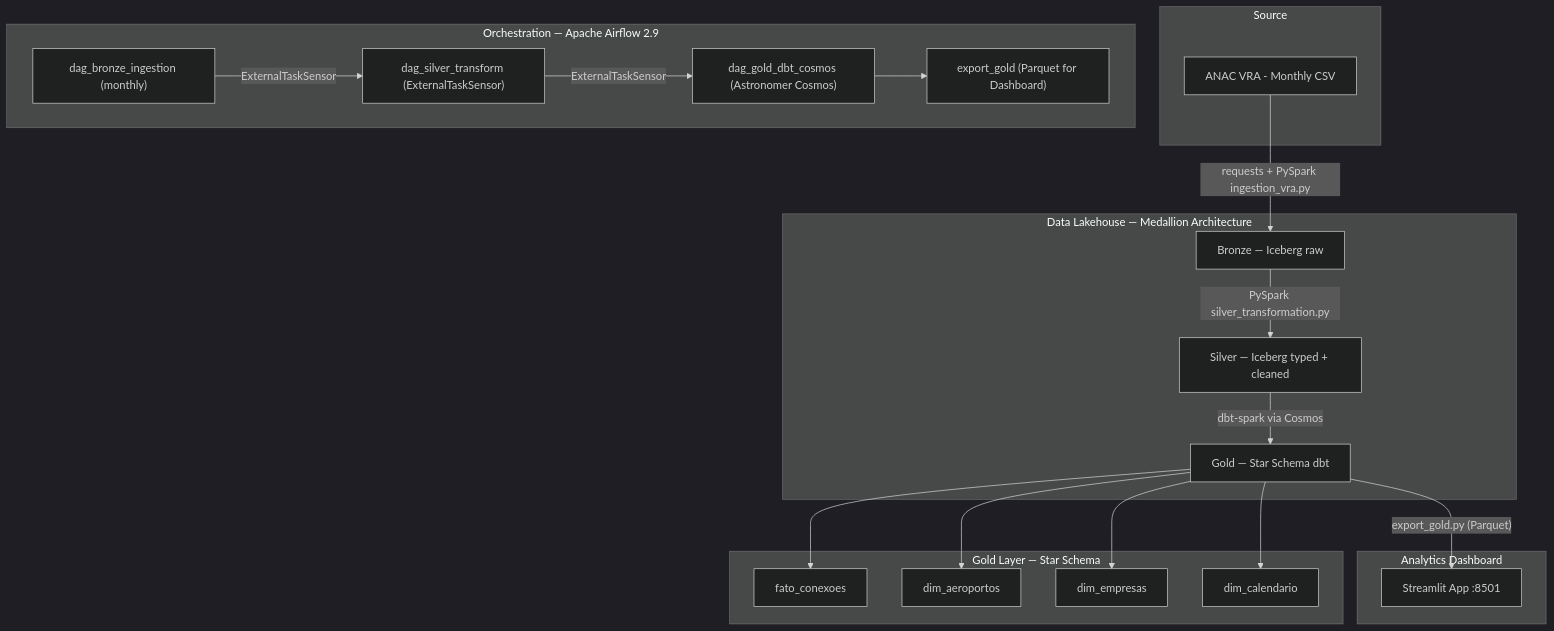
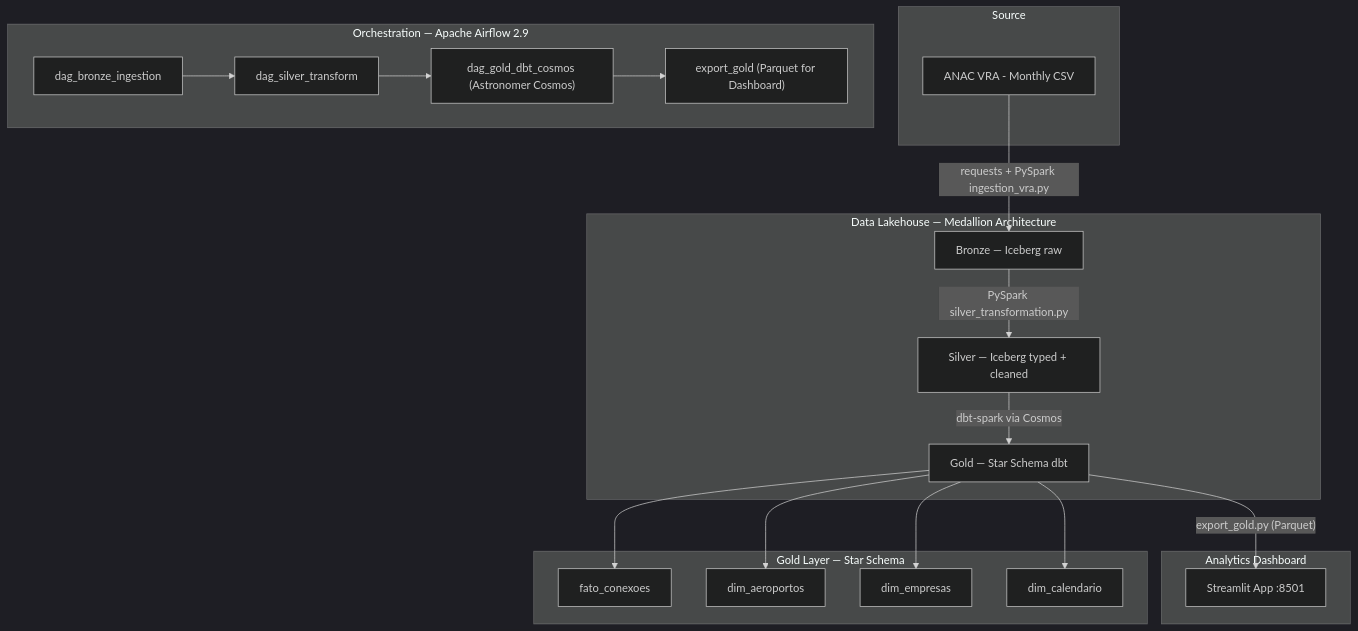
The diagram in readme.md (Pacodeoliv/gru-connect-analytics), drawn with Mermaid (dark theme) before and after one commit. The commit also changed other lines of this file and 66 other files, not shown here.

````diff
--- a/readme.md
+++ b/readme.md
@@ -34,42 +38,42 @@
 ```mermaid
 graph TD
     subgraph Source
         ANAC["ANAC VRA - Monthly CSV"]
     end
 
     subgraph Airflow["Orchestration — Apache Airflow 2.9"]
-        DAG_B["dag_bronze_ingestion (monthly)"]
-        DAG_S["dag_silver_transform (ExternalTaskSensor)"]
+        DAG_B["dag_bronze_ingestion"]
+        DAG_S["dag_silver_transform"]
         DAG_G["dag_gold_dbt_cosmos (Astronomer Cosmos)"]
         DAG_E["export_gold (Parquet for Dashboard)"]
-        DAG_B -->|ExternalTaskSensor| DAG_S
-        DAG_S -->|ExternalTaskSensor| DAG_G
+        DAG_B --> DAG_S
+        DAG_S --> DAG_G
         DAG_G --> DAG_E
     end
 
     subgraph Lakehouse["Data Lakehouse — Medallion Architecture"]
         BRONZE["Bronze — Iceberg raw"]
         SILVER["Silver — Iceberg typed + cleaned"]
         GOLD["Gold — Star Schema dbt"]
         BRONZE -->|"PySpark silver_transformation.py"| SILVER
         SILVER -->|"dbt-spark via Cosmos"| GOLD
     end
 
     subgraph Dashboard["Analytics Dashboard"]
         ST["Streamlit App :8501"]
         GOLD -->|"export_gold.py (Parquet)"| ST
     end
 
     subgraph Gold_Tables["Gold Layer — Star Schema"]
         FATO["fato_conexoes"]
         D1["dim_aeroportos"]
         D2["dim_empresas"]
         D3["dim_calendario"]
         GOLD --> FATO
         GOLD --> D1
         GOLD --> D2
         GOLD --> D3
     end
 
     ANAC -->|"requests + PySpark ingestion_vra.py"| BRONZE
 ```
````
